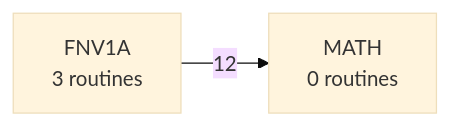
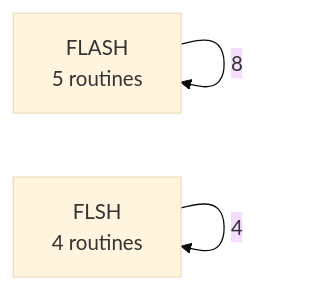
Before and after one commit to 95westus/R-YORS: the seventh of 7 diagrams in DOC/GENERATED/ROUTINE_PREFIX_MAP.md, drawn with Mermaid (base theme). The commit also changed other lines of this file and 65 other files, not shown here.

````diff
--- a/DOC/GENERATED/ROUTINE_PREFIX_MAP.md
+++ b/DOC/GENERATED/ROUTINE_PREFIX_MAP.md
@@ -91,4 +96,5 @@
 ```mermaid
 flowchart LR
-    P_FNV1A["FNV1A<br/>3 routines"] -->|12| P_MATH["MATH<br/>0 routines"]
+    P_FLASH["FLASH<br/>5 routines"] -->|8| P_FLASH["FLASH<br/>5 routines"]
+    P_FLSH["FLSH<br/>4 routines"] -->|4| P_FLSH["FLSH<br/>4 routines"]
 ```
````
